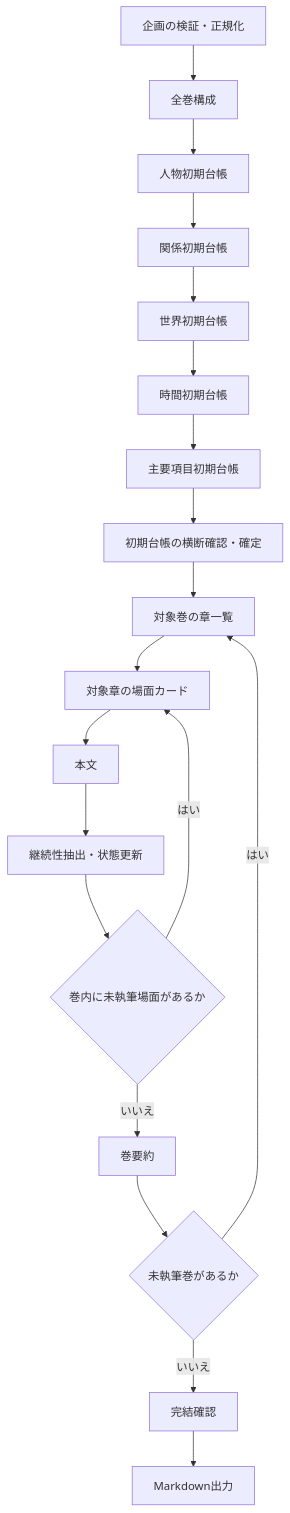
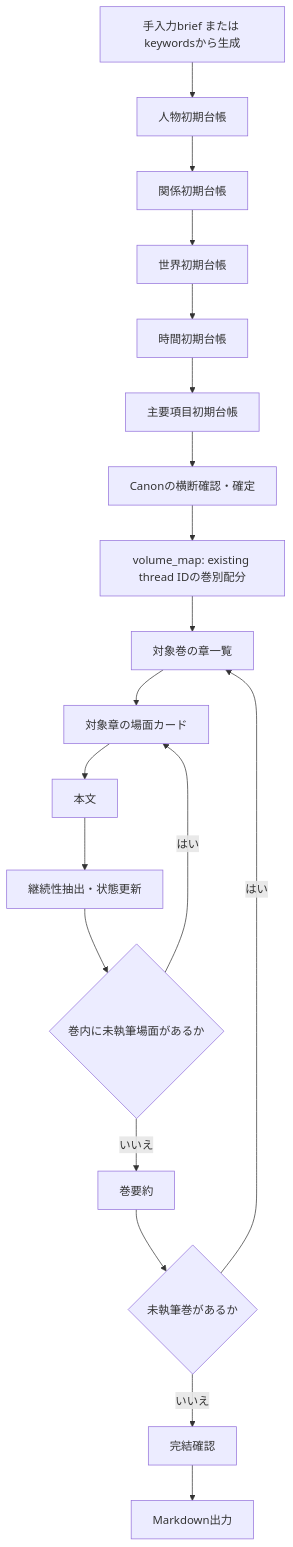
Before and after one commit to goura32/storycraft: the diagram in docs/design/series_engine_flow.md, drawn with Mermaid. The commit also changed other lines of this file and 33 other files, not shown here.

Commit message:
feat: generate briefs and map volumes after canon

````diff
--- a/docs/design/series_engine_flow.md
+++ b/docs/design/series_engine_flow.md
@@ -11,21 +11,21 @@
 ```mermaid
 flowchart TD
-    Brief[企画の検証・正規化] --> Plan[全巻構成]
-    Plan --> Characters[人物初期台帳]
+    Brief[手入力brief または keywordsから生成] --> Characters[人物初期台帳]
     Characters --> Relationships[関係初期台帳]
     Relationships --> World[世界初期台帳]
     World --> Timeline[時間初期台帳]
     Timeline --> Threads[主要項目初期台帳]
-    Threads --> Canon[初期台帳の横断確認・確定]
-    Canon --> Chapters[対象巻の章一覧]
+    Threads --> Canon[Canonの横断確認・確定]
+    Canon --> VolumeMap[volume_map: existing thread IDの巻別配分]
+    VolumeMap --> Chapters[対象巻の章一覧]
     Chapters --> Cards[対象章の場面カード]
     Cards --> Prose[本文]
     Prose --> Continuity[継続性抽出・状態更新]
     Continuity --> More{巻内に未執筆場面があるか}
     More -- はい --> Cards
     More -- いいえ --> Summary[巻要約]
     Summary --> MoreVolumes{未執筆巻があるか}
     MoreVolumes -- はい --> Chapters
     MoreVolumes -- いいえ --> Closure[完結確認]
     Closure --> Output[Markdown出力]
 ```
````
